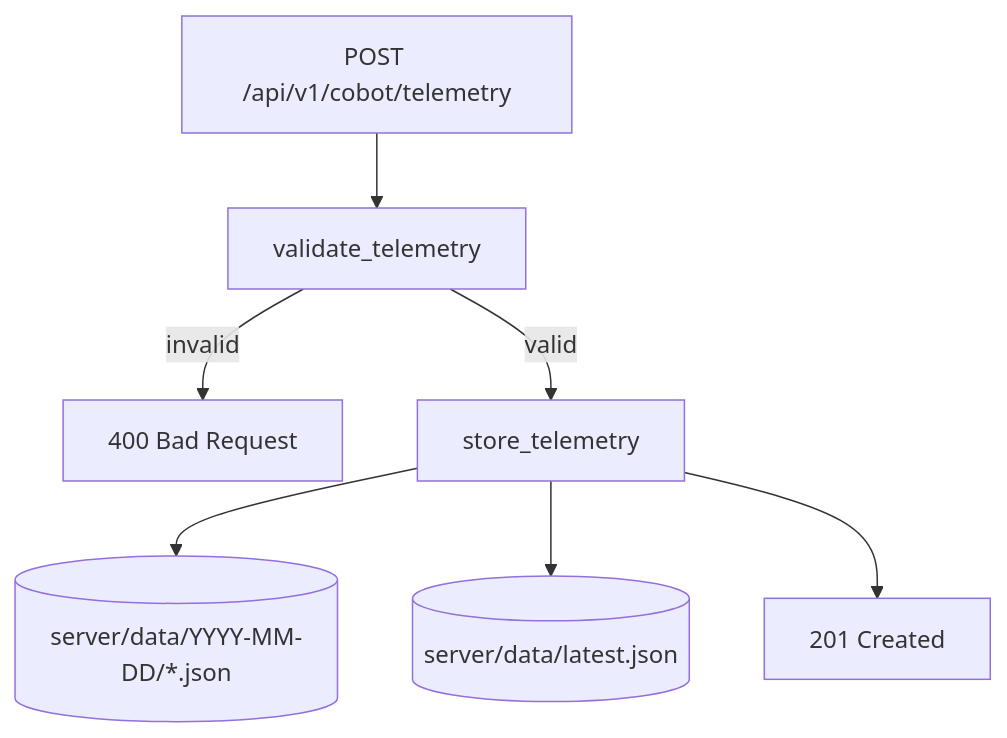
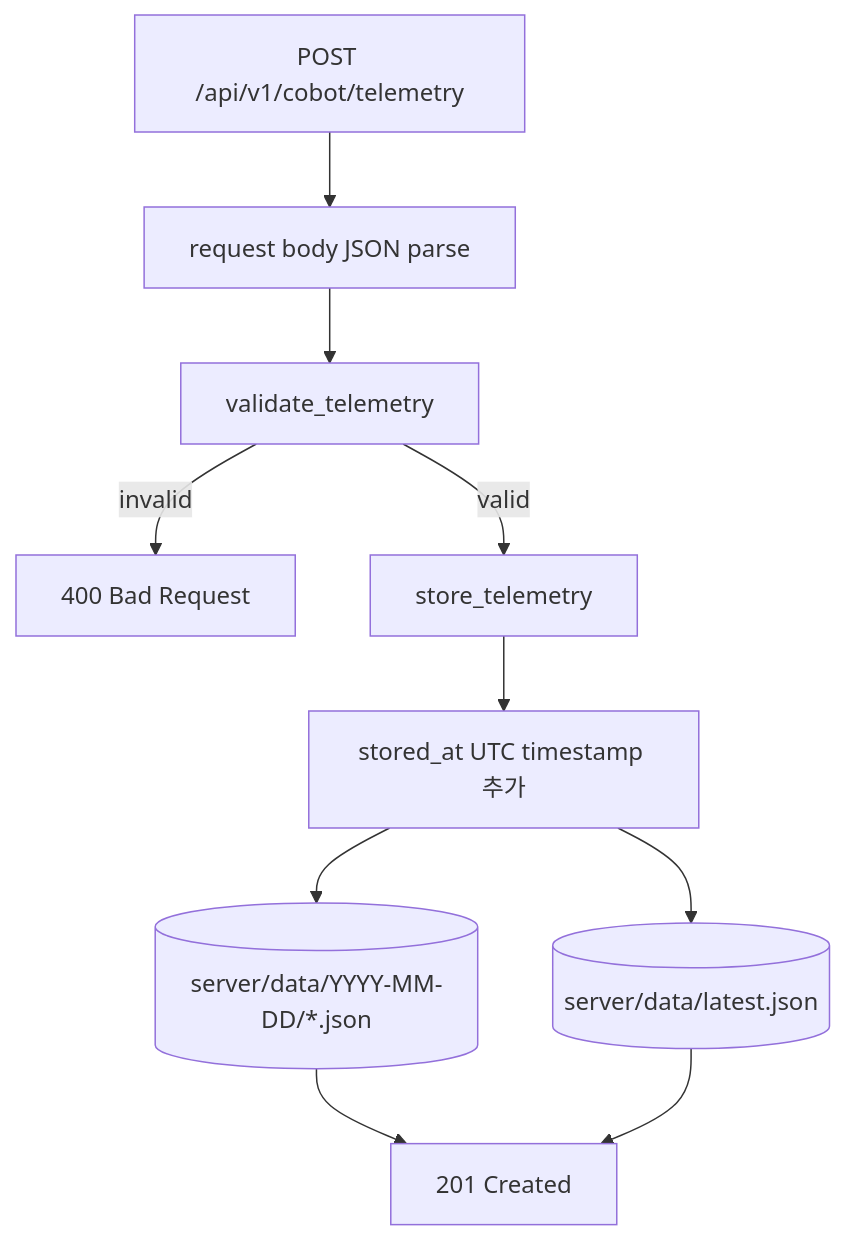
Before and after one commit to sayoon01/catenax-cobot-dataspace: the third of 10 diagrams in server/PIPELINE.md, drawn with Mermaid. The commit also changed other lines of this file and 3 other files, not shown here.

First line of the commit message:
docs: expand pipeline and EDC flow documentation

````diff
--- a/server/PIPELINE.md
+++ b/server/PIPELINE.md
@@ -53,9 +78,12 @@
 ```mermaid
 flowchart TD
-    IN[POST /api/v1/cobot/telemetry] --> V[validate_telemetry]
+    IN[POST /api/v1/cobot/telemetry] --> JSON[request body JSON parse]
+    JSON --> V[validate_telemetry]
     V -->|invalid| E400[400 Bad Request]
     V -->|valid| S[store_telemetry]
-    S --> D1[(server/data/YYYY-MM-DD/*.json)]
-    S --> D2[(server/data/latest.json)]
-    S --> C201[201 Created]
+    S --> ADD[stored_at UTC timestamp 추가]
+    ADD --> D1[(server/data/YYYY-MM-DD/*.json)]
+    ADD --> D2[(server/data/latest.json)]
+    D1 --> C201[201 Created]
+    D2 --> C201
 ```
````
